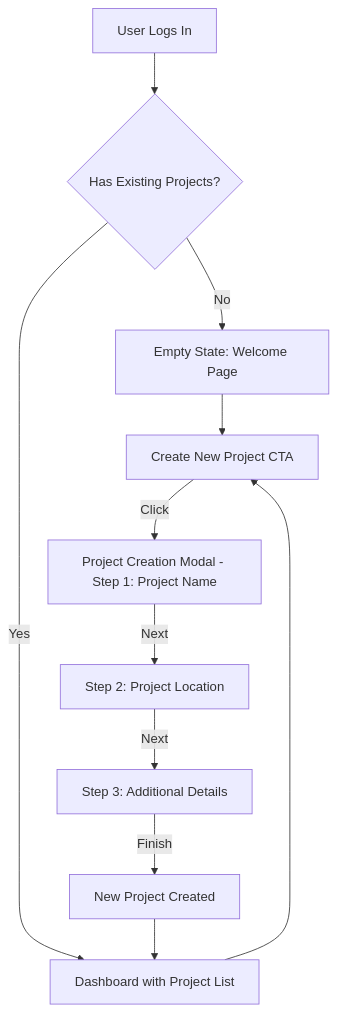
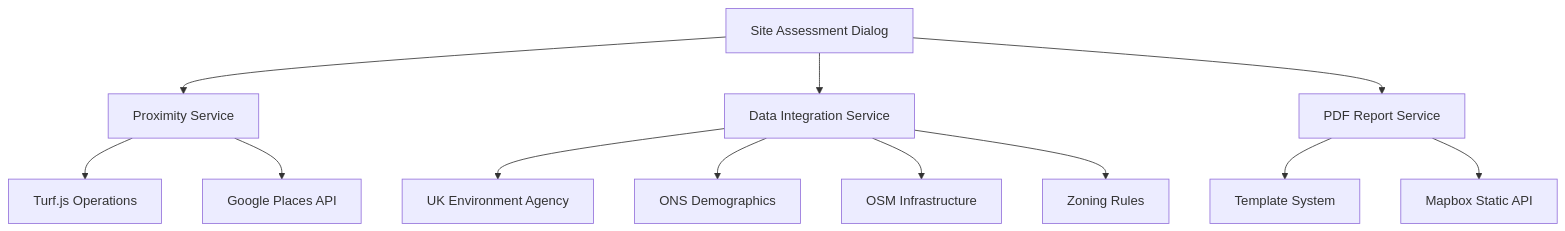
One commit to wjshewitt/prospect changed the first of 2 diagrams in plan.md. Above: the diagram before and after it, drawn with Mermaid. The commit also changed other lines of this file and 105 other files, not shown here.

First line of the commit message:
feat: implement three-tier visualization architecture foundation

````diff
--- a/plan.md
+++ b/plan.md
@@ -9,13 +7,14 @@
 ```mermaid
-graph TD
-    A[User Logs In] --> B{Has Existing Projects?};
-    B -- No --> C[Empty State: Welcome Page];
-    B -- Yes --> D[Dashboard with Project List];
-    C --> E[Create New Project CTA];
-    D --> E;
-    E -- Click --> F[Project Creation Modal - Step 1: Project Name];
-    F -- Next --> G[Step 2: Project Location];
-    G -- Next --> H[Step 3: Additional Details];
-    H -- Finish --> I[New Project Created];
-    I --> D;
+graph TB
+    A[Site Assessment Dialog] --> B[Proximity Service]
+    A --> C[Data Integration Service]
+    A --> D[PDF Report Service]
+    B --> E[Turf.js Operations]
+    B --> F[Google Places API]
+    C --> G[UK Environment Agency]
+    C --> H[ONS Demographics]
+    C --> I[OSM Infrastructure]
+    C --> J[Zoning Rules]
+    D --> K[Template System]
+    D --> L[Mapbox Static API]
 ```
````
